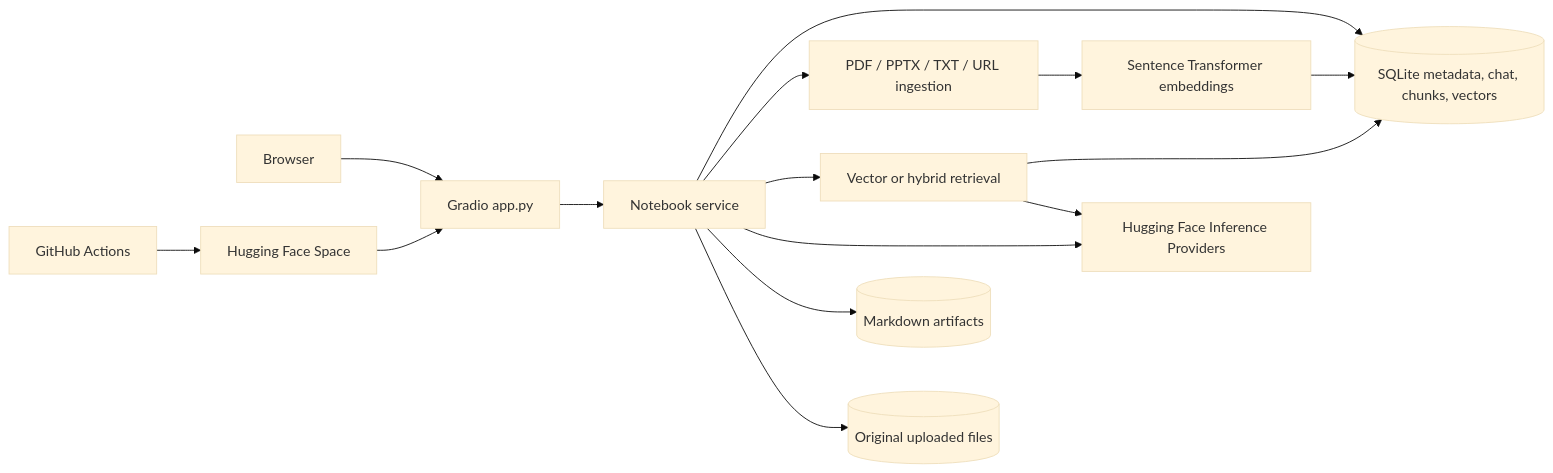
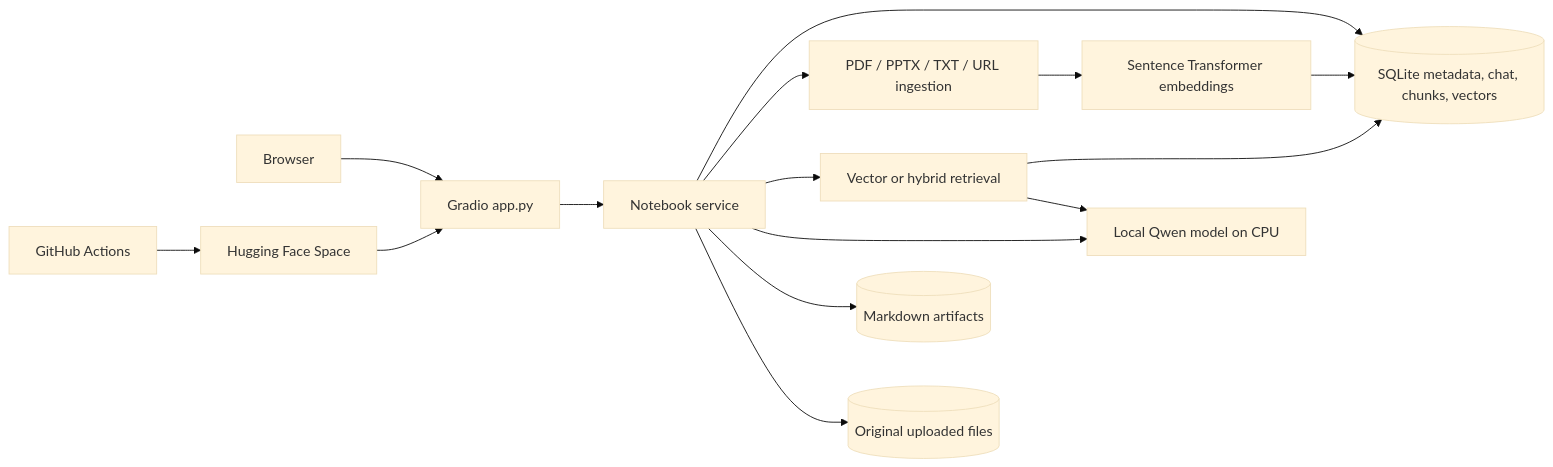
Before and after one commit to PrachiPatel556/ITCS_5010_NotebookLM: the diagram in ARCHITECTURE.md, drawn with Mermaid (base theme). The commit also changed other lines of this file and 8 other files, not shown here.

Commit message:
Run free local Hugging Face model for RAG chat

````diff
--- a/ARCHITECTURE.md
+++ b/ARCHITECTURE.md
@@ -3,17 +3,17 @@
 ```mermaid
 flowchart LR
     User[Browser] --> UI[Gradio app.py]
     UI --> Service[Notebook service]
     Service --> Store[(SQLite metadata, chat, chunks, vectors)]
     Service --> Ingest[PDF / PPTX / TXT / URL ingestion]
     Ingest --> Embed[Sentence Transformer embeddings]
     Embed --> Store
     Service --> Retrieve[Vector or hybrid retrieval]
     Retrieve --> Store
-    Retrieve --> HF[Hugging Face Inference Providers]
-    Service --> HF
+    Retrieve --> LLM[Local Qwen model on CPU]
+    Service --> LLM
     Service --> Files[(Markdown artifacts)]
     Service --> Originals[(Original uploaded files)]
     Actions[GitHub Actions] --> Space[Hugging Face Space]
     Space --> UI
 ```
````
